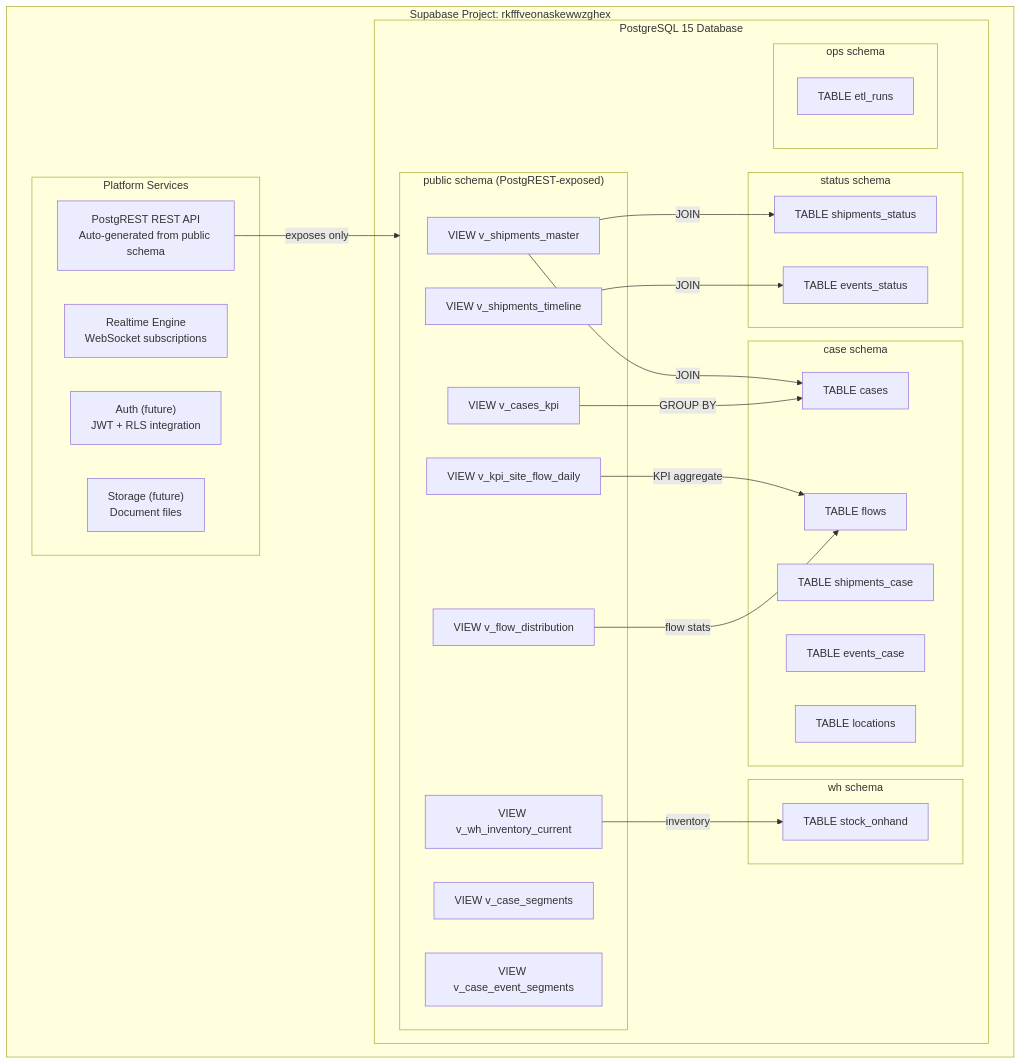
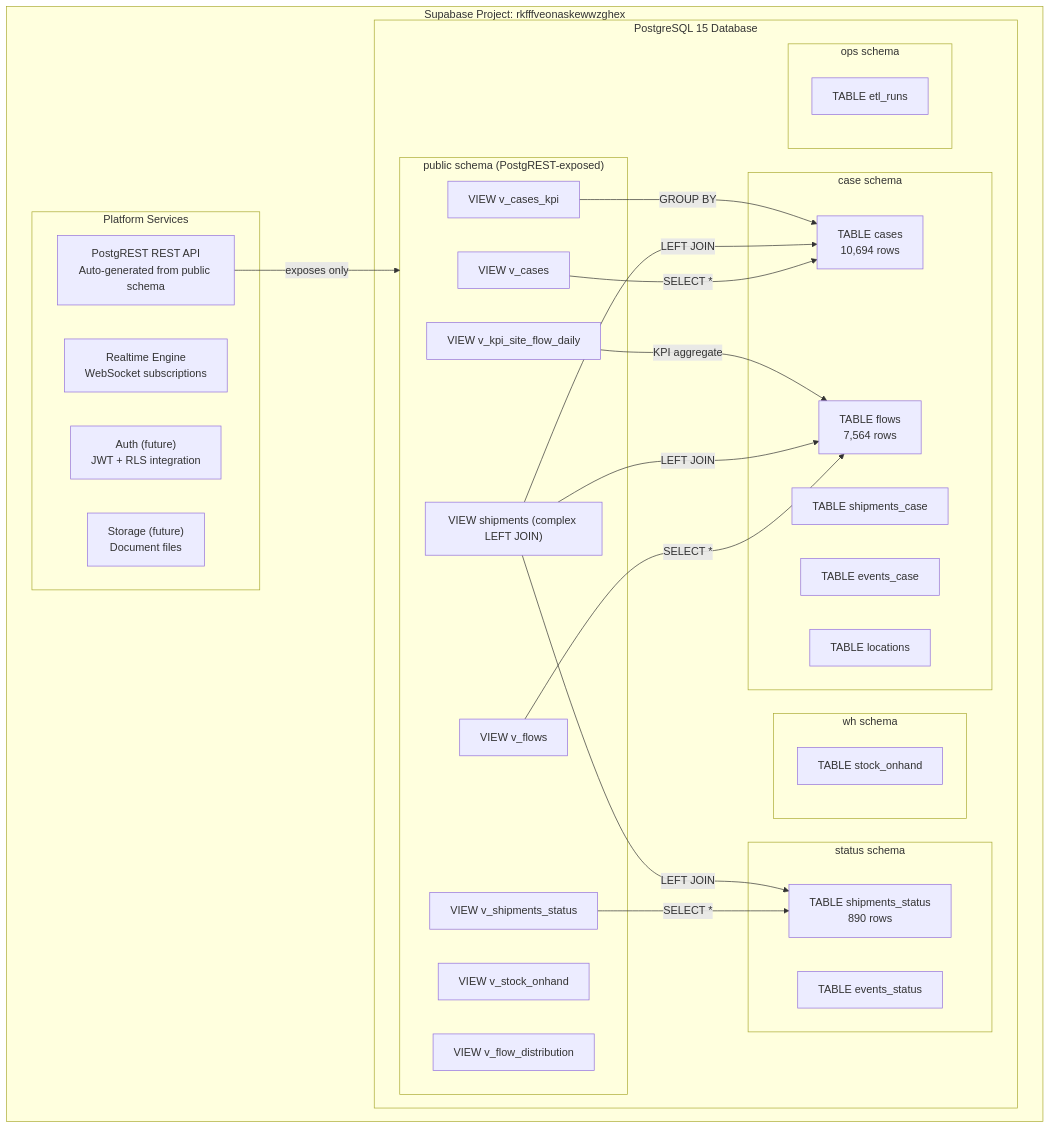
The first of 12 diagrams in apps/logistics-dashboard/docs/SUPABASE.md (macho715/logi_hvdc_dash), drawn with Mermaid before and after one commit. The commit also changed other lines of this file and 80 other files, not shown here.

````diff
--- a/apps/logistics-dashboard/docs/SUPABASE.md
+++ b/apps/logistics-dashboard/docs/SUPABASE.md
@@ -29,55 +30,56 @@
 ```mermaid
 graph TB
     subgraph SupabaseProject["Supabase Project: rkfffveonaskewwzghex"]
         subgraph Services["Platform Services"]
             PostgREST["PostgREST REST API<br/>Auto-generated from public schema"]
             Realtime["Realtime Engine<br/>WebSocket subscriptions"]
             Auth["Auth (future)<br/>JWT + RLS integration"]
             Storage["Storage (future)<br/>Document files"]
         end
 
         subgraph Database["PostgreSQL 15 Database"]
             subgraph PublicSchema["public schema (PostgREST-exposed)"]
-                V1["VIEW v_shipments_master"]
-                V2["VIEW v_cases_kpi"]
-                V3["VIEW v_shipments_timeline"]
-                V4["VIEW v_kpi_site_flow_daily"]
-                V5["VIEW v_flow_distribution"]
-                V6["VIEW v_wh_inventory_current"]
-                V7["VIEW v_case_segments"]
-                V8["VIEW v_case_event_segments"]
+                V1["VIEW v_cases"]
+                V2["VIEW v_flows"]
+                V3["VIEW v_shipments_status"]
+                V4["VIEW v_stock_onhand"]
+                V5["VIEW shipments (complex LEFT JOIN)"]
+                V6["VIEW v_cases_kpi"]
+                V7["VIEW v_kpi_site_flow_daily"]
+                V8["VIEW v_flow_distribution"]
             end
 
             subgraph CaseSchema["case schema"]
-                T1["TABLE cases"]
-                T2["TABLE flows"]
+                T1["TABLE cases<br/>10,694 rows"]
+                T2["TABLE flows<br/>7,564 rows"]
                 T3["TABLE shipments_case"]
                 T4["TABLE events_case"]
                 T5["TABLE locations"]
             end
 
             subgraph StatusSchema["status schema"]
-                T6["TABLE shipments_status"]
+                T6["TABLE shipments_status<br/>890 rows"]
                 T7["TABLE events_status"]
             end
 
             subgraph WhSchema["wh schema"]
                 T8["TABLE stock_onhand"]
             end
 
             subgraph OpsSchema["ops schema"]
                 T9["TABLE etl_runs"]
             end
         end
     end
 
-    V1 -->|"JOIN"| T6
-    V1 -->|"JOIN"| T1
-    V2 -->|"GROUP BY"| T1
-    V3 -->|"JOIN"| T7
-    V4 -->|"KPI aggregate"| T2
-    V5 -->|"flow stats"| T2
-    V6 -->|"inventory"| T8
+    V1 -->|"SELECT *"| T1
+    V2 -->|"SELECT *"| T2
+    V3 -->|"SELECT *"| T6
+    V5 -->|"LEFT JOIN"| T6
+    V5 -->|"LEFT JOIN"| T2
+    V5 -->|"LEFT JOIN"| T1
+    V6 -->|"GROUP BY"| T1
+    V7 -->|"KPI aggregate"| T2
 
     PostgREST -->|"exposes only"| PublicSchema
 ```
````
